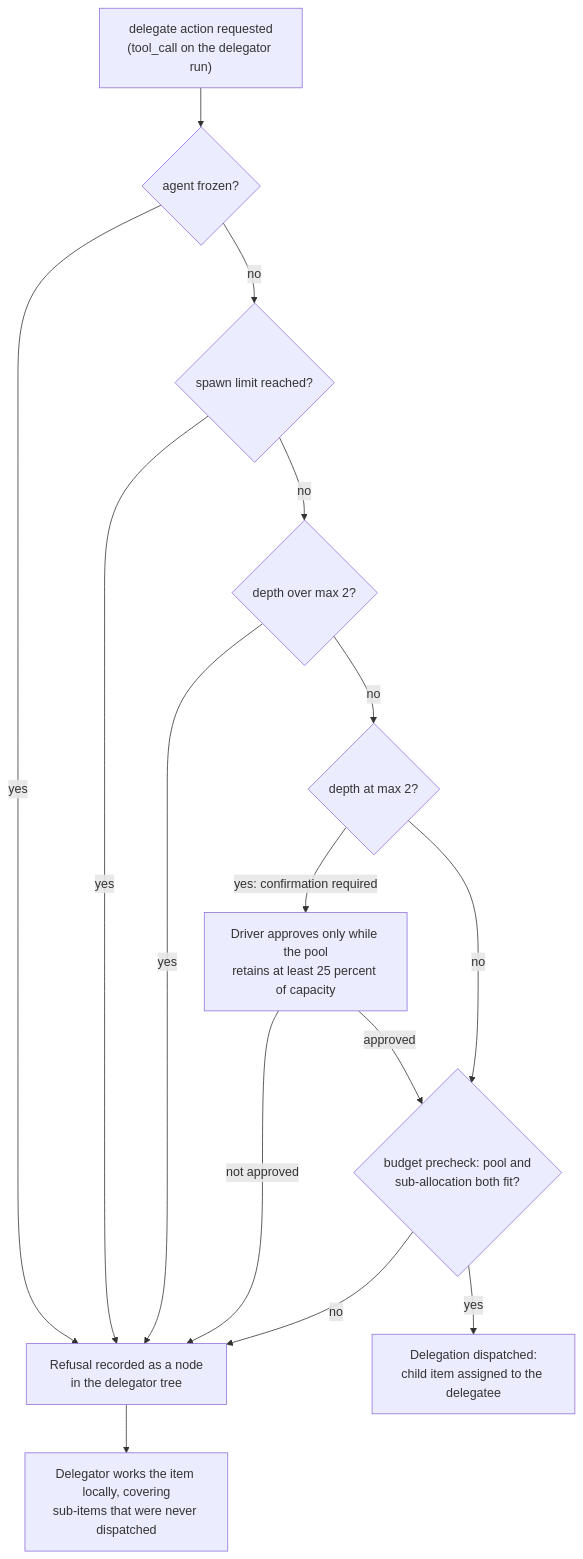
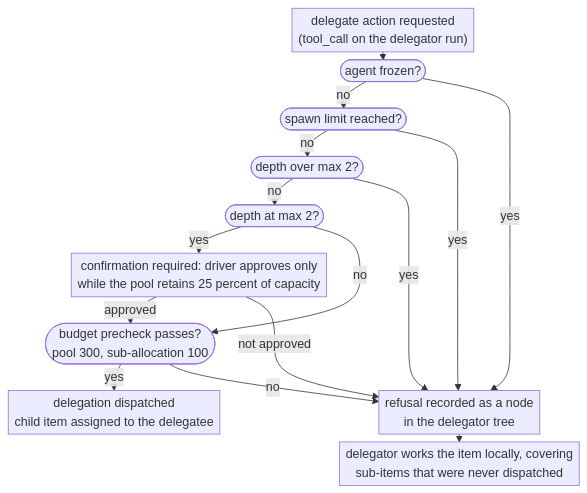
Before and after one commit to jemsbhai/swarm-forest: the diagram in docs/diagrams/delegation-gate.mmd, drawn with Mermaid. The commit also changed 3 other files, not shown here.

Commit message:
Add delegation gate diagram as Figure 3 in the report; redesign gate diagram for print legibility

```diff
--- a/docs/diagrams/delegation-gate.mmd
+++ b/docs/diagrams/delegation-gate.mmd
@@ -1,15 +1,26 @@
+%%{init: {'layout': 'dagre', 'flowchart': {'rankSpacing': 10, 'nodeSpacing': 22, 'padding': 4, 'wrappingWidth': 420}}}%%
 flowchart TD
-    Start["delegate action requested<br/>(tool_call on the delegator run)"] --> Q1{"agent frozen?"}
-    Q1 -->|yes| Refuse["Refusal recorded as a node<br/>in the delegator tree"]
-    Q1 -->|no| Q2{"spawn limit reached?"}
-    Q2 -->|yes| Refuse
-    Q2 -->|no| Q3{"depth over max 2?"}
-    Q3 -->|yes| Refuse
-    Q3 -->|no| Q4{"depth at max 2?"}
-    Q4 -->|"yes: confirmation required"| Conf["Driver approves only while the pool<br/>retains at least 25 percent of capacity"]
-    Conf -->|approved| Q5{"budget precheck: pool and<br/>sub-allocation both fit?"}
+    Start["delegate action requested<br/>(tool_call on the delegator run)"]
+    C1(["agent frozen?"])
+    C2(["spawn limit reached?"])
+    C3(["depth over max 2?"])
+    C4(["depth at max 2?"])
+    Conf["confirmation required: driver approves only<br/>while the pool retains 25 percent of capacity"]
+    C5(["budget precheck passes?<br/>pool 300, sub-allocation 100"])
+    Dispatch["delegation dispatched<br/>child item assigned to the delegatee"]
+    Refuse["refusal recorded as a node<br/>in the delegator tree"]
+    Local["delegator works the item locally, covering<br/>sub-items that were never dispatched"]
+    Start --> C1
+    C1 -->|no| C2
+    C1 -->|yes| Refuse
+    C2 -->|no| C3
+    C2 -->|yes| Refuse
+    C3 -->|no| C4
+    C3 -->|yes| Refuse
+    C4 -->|yes| Conf
+    C4 -->|no| C5
+    Conf -->|approved| C5
     Conf -->|not approved| Refuse
-    Q4 -->|no| Q5
-    Q5 -->|no| Refuse
-    Q5 -->|yes| Dispatch["Delegation dispatched:<br/>child item assigned to the delegatee"]
-    Refuse --> Local["Delegator works the item locally, covering<br/>sub-items that were never dispatched"]
+    C5 -->|yes| Dispatch
+    C5 -->|no| Refuse
+    Refuse --> Local
```
